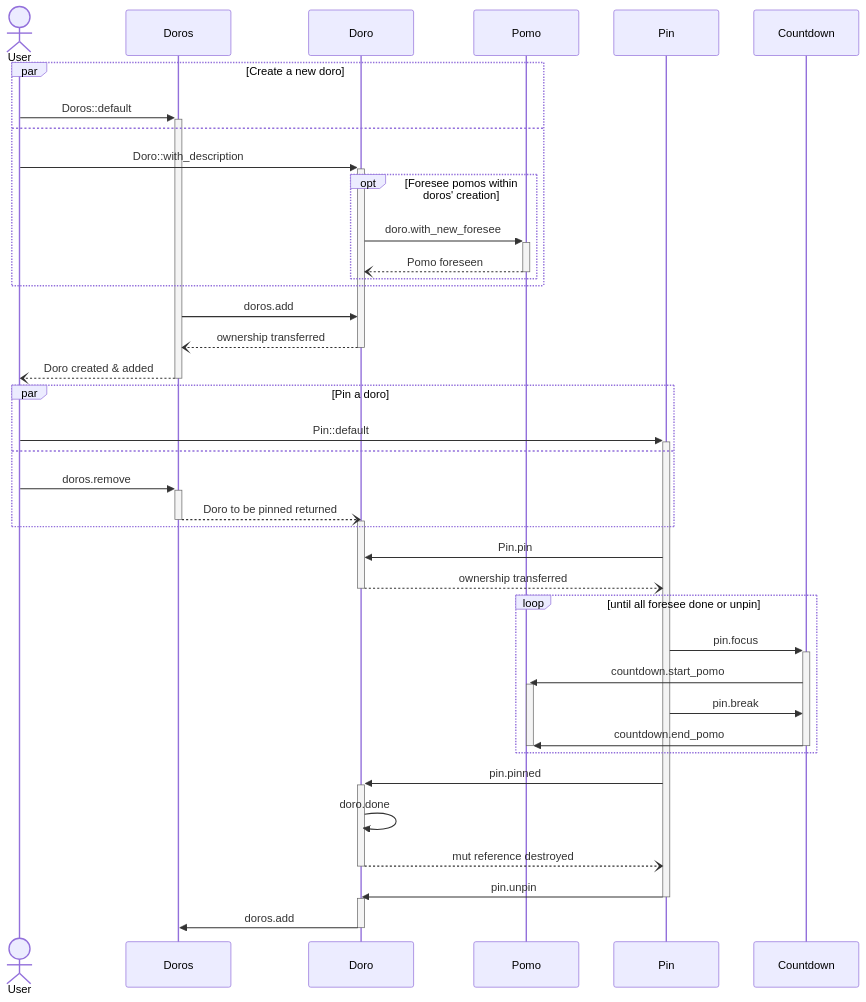
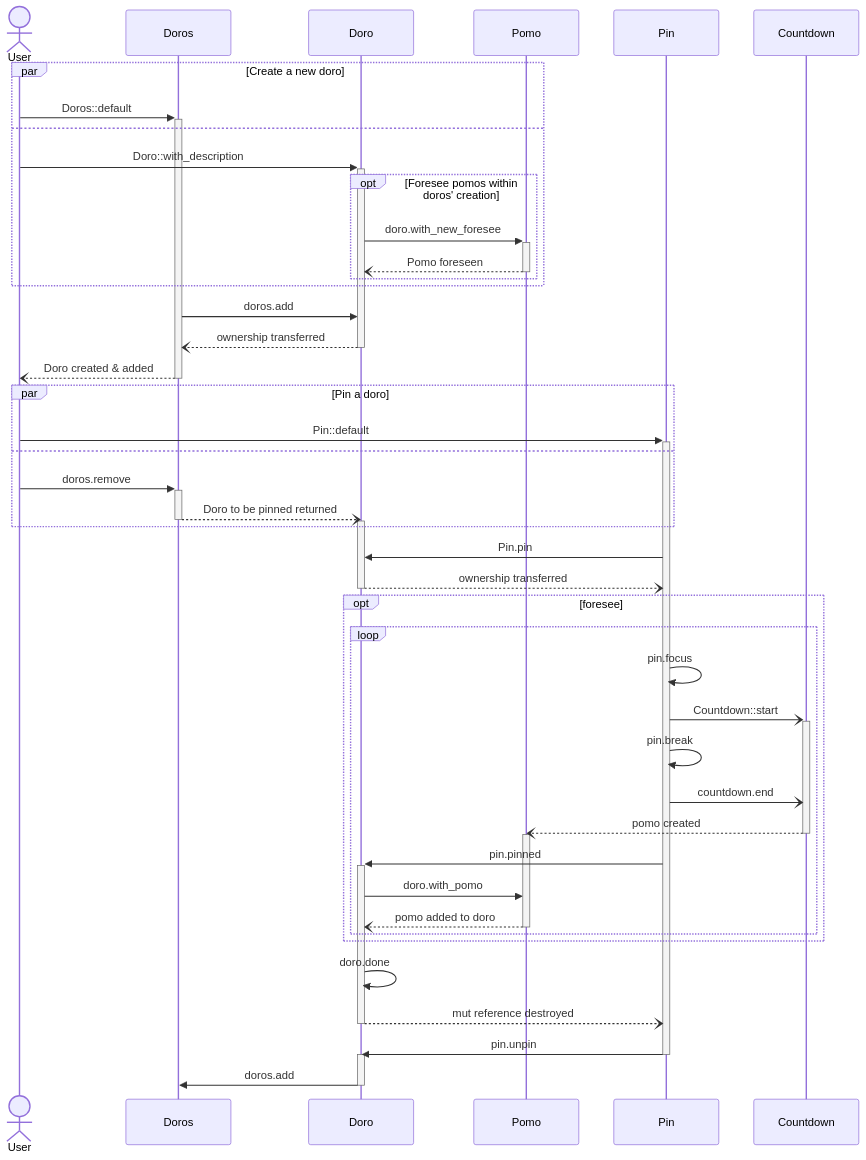
One commit to huangjj27/huangjj27.github.io changed the fourth of 4 diagrams in src/pomo_doro/pomo.md. Above: the diagram before and after it, drawn with Mermaid. The commit also changed other lines of this file, not shown here.

Commit message:
sprint-0.0.2(pomo): 重新分析并修正 Countdown 功能

````diff
--- a/src/pomo_doro/pomo.md
+++ b/src/pomo_doro/pomo.md
@@ -125,42 +130,47 @@
 ```mermaid
 sequenceDiagram
     actor User
     par Create a new doro
         User ->>+ Doros: Doros::default
     and
         User ->>+ Doro: Doro::with_description
         Opt Foresee pomos within doros' creation
             Doro ->>+ Pomo: doro.with_new_foresee
             Pomo --)- Doro: Pomo foreseen
         end
     end
         Doros ->> Doro: doros.add
         Doro --)- Doros: ownership transferred
         Doros --)- User: Doro created & added
 
     par Pin a doro
         User ->>+ Pin: Pin::default
     and
         User ->>+ Doros: doros.remove
         Doros --)- Doro: Doro to be pinned returned
         activate Doro
     end
 
     Pin ->> Doro: Pin.pin
     Doro --)- Pin: ownership transferred
 
-    loop until all foresee done or unpin
-        Pin ->>+ Countdown: pin.focus
-        Countdown ->>+ Pomo: countdown.start_pomo
-        activate Pomo
-        Pin ->> Countdown: pin.break
-        Countdown ->>- Pomo: countdown.end_pomo
-        deactivate Pomo
+    Opt foresee
+        loop
+            Pin ->> Pin: pin.focus
+            Pin -)+ Countdown: Countdown::start
+            Pin ->> Pin: pin.break
+            Pin -) Countdown: countdown.end
+            Countdown --)- Pomo: pomo created
+            activate Pomo
+            Pin ->>+ Doro: pin.pinned
+            Doro ->> Pomo: doro.with_pomo
+            Pomo --)- Doro: pomo added to doro
+        end
     end
-    Pin ->>+ Doro: pin.pinned
+
     Doro ->> Doro: doro.done
     Doro --)- Pin: mut reference destroyed
     Pin ->>- Doro: pin.unpin
     activate Doro
     Doro ->>- Doros: doros.add
 ```
````
